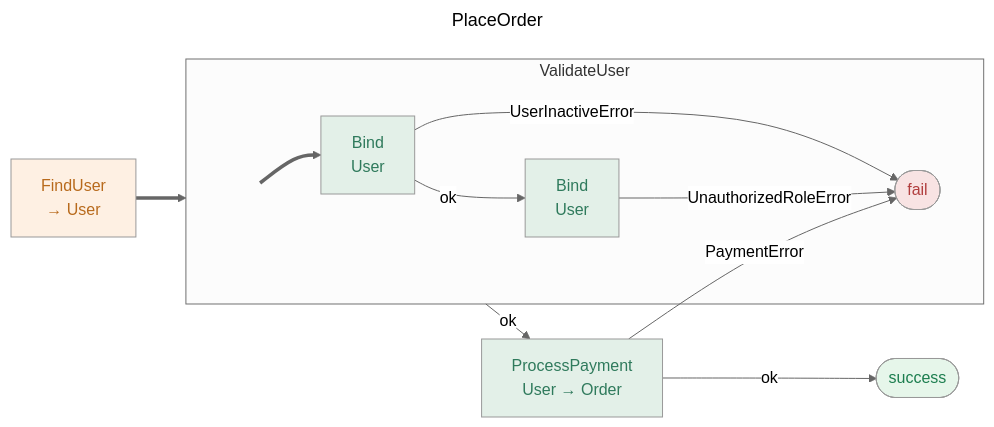
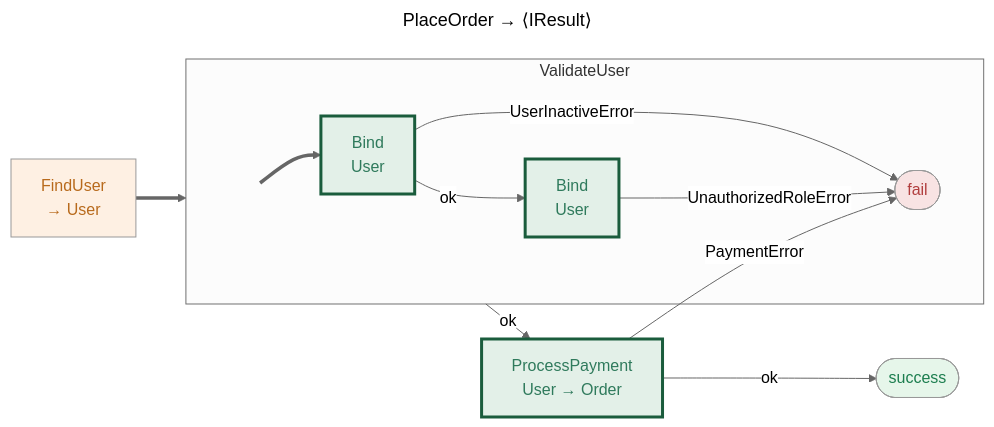
One commit to reslava/nuget-package-reslava-result changed the third of 7 diagrams in mkdocs/resultflow/diagrams/index.md. Above: the diagram before and after it, drawn with Mermaid (neutral theme). The commit also changed other lines of this file and 17 other files, not shown here.

````diff
--- a/mkdocs/resultflow/diagrams/index.md
+++ b/mkdocs/resultflow/diagrams/index.md
@@ -76,31 +77,33 @@
 ```mermaid
 ---
-title: PlaceOrder
+title: PlaceOrder → ⟨IResult⟩
 ---
 flowchart LR
   ENTRY_ROOT["FindUser<br/>→ User"]:::operation ==> sg_N0_ValidateUser
 
   subgraph sg_N0_ValidateUser["ValidateUser"]
     ENTRY_N0_ValidateUser[ ]:::entry
     ENTRY_N0_ValidateUser[ ] ==> N0_0_Bind
-    N0_0_Bind["Bind<br/>User"]:::transform
+    N0_0_Bind["Bind<br/>User"]:::bind
     N0_0_Bind -->|ok| N0_1_Bind
     N0_0_Bind -->|"UserInactiveError"| FAIL
-    N0_1_Bind["Bind<br/>User"]:::transform
+    N0_1_Bind["Bind<br/>User"]:::bind
     N0_1_Bind -->|"UnauthorizedRoleError"| FAIL
   end
 
   sg_N0_ValidateUser -->|ok| N1_ProcessPayment
-  N1_ProcessPayment["ProcessPayment<br/>User → Order"]:::transform
+  N1_ProcessPayment["ProcessPayment<br/>User → Order"]:::bind
   N1_ProcessPayment -->|"PaymentError"| FAIL
   N1_ProcessPayment -->|ok| SUCCESS
 
-  FAIL([fail]):::failure
+  FAIL([fail])
+  FAIL:::failure
   SUCCESS([success]):::success
 
   classDef operation fill:#fef0e3,color:#b86a1c
+  classDef bind      fill:#e3f0e8,color:#2f7a5c,stroke:#1a5c3c,stroke-width:3px
   classDef transform fill:#e3f0e8,color:#2f7a5c
   classDef failure   fill:#f8e3e3,color:#b13e3e
   classDef success   fill:#e6f6ea,color:#1c7e4f
   classDef entry     fill:none,stroke:none
 ```
````
